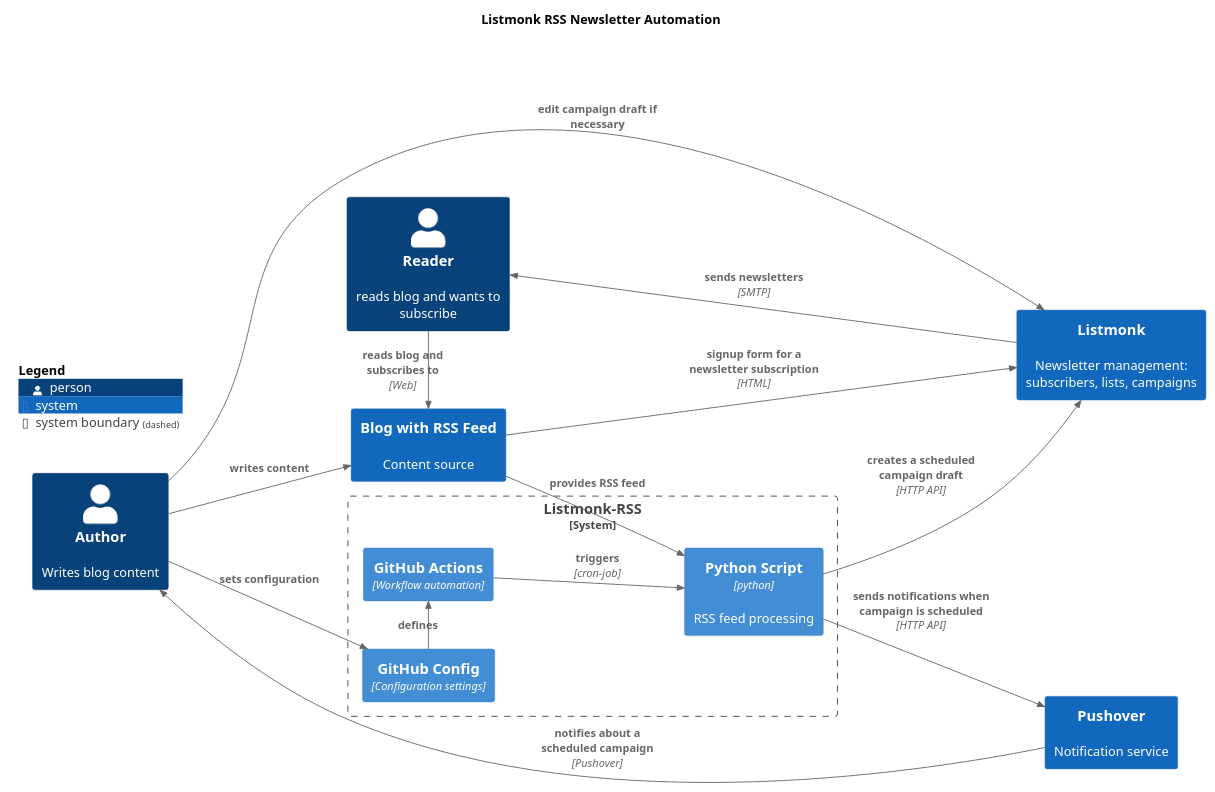
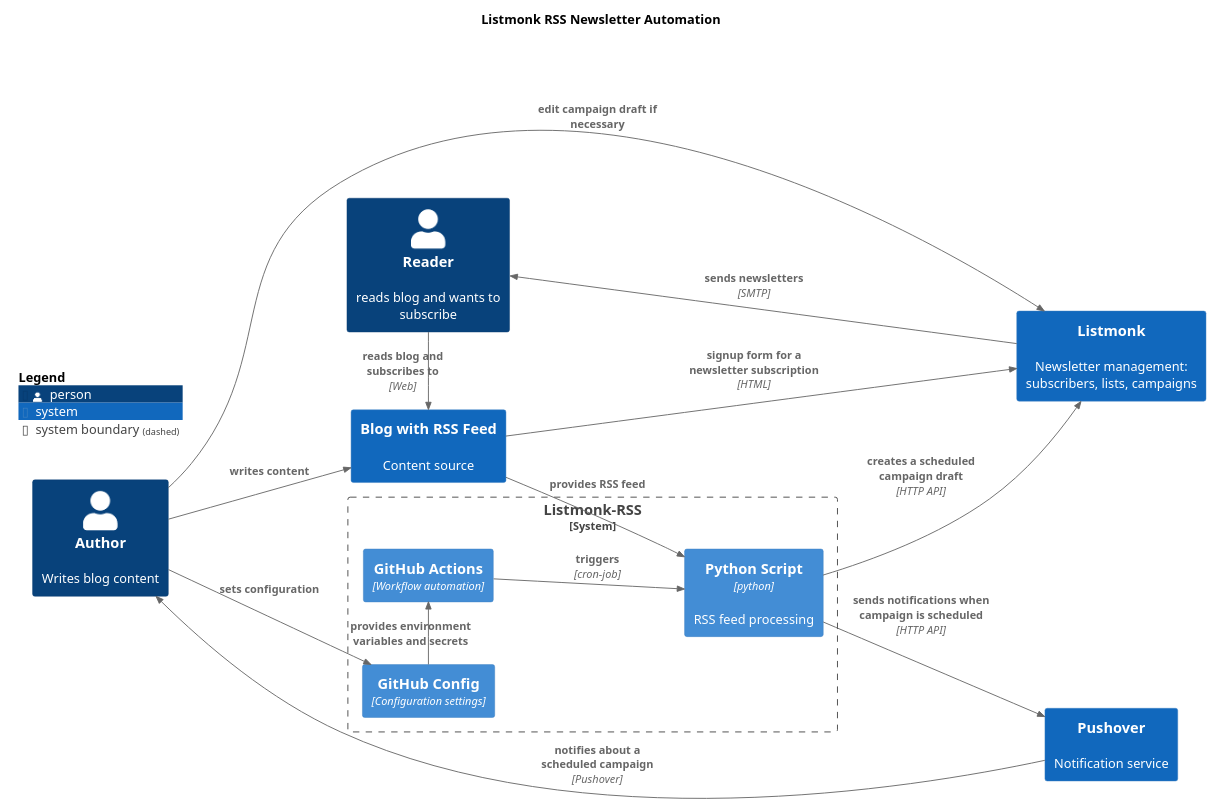
The diagram in assets/C4/architecture.puml (ping13/listmonk-rss), drawn with PlantUML before and after one commit.

Commit message:
clarified role of GH config

```diff
--- a/assets/C4/architecture.puml
+++ b/assets/C4/architecture.puml
@@ -1,45 +1,45 @@
 @startuml
 !include https://raw.githubusercontent.com/plantuml-stdlib/C4-PlantUML/master/C4_Container.puml
 !include https://raw.githubusercontent.com/plantuml-stdlib/C4-PlantUML/master/C4_Context.puml
 
 ' Adjust layout to be more left-to-right
 left to right direction
 
 
 title Listmonk RSS Newsletter Automation 
 
 ' Automation system boundary
 System_Boundary(system, "Listmonk-RSS", "Automated newsletter workflow") {
        Container(github_actions, "GitHub Actions", "Workflow automation")
        Container(github_config, "GitHub Config", "Configuration settings")
        Container(script, "Python Script", "python", "RSS feed processing")
 }
 System(pushover, "Pushover", "Notification service")
 
 
 ' Content Management Systems boundary
 System(listmonk, "Listmonk", "Newsletter management: subscribers, lists, campaigns")
 System(blog, "Blog with RSS Feed", "Content source")
 
 
 ' Define actors and systems
 Person(author, "Author", "Writes blog content")
 Person(subscriber, "Reader", "reads blog and wants to subscribe")
 
 ' Relationships
 Rel_Down(author, blog, "writes content")
 Rel_Neighbor(subscriber, blog, "reads blog and subscribes to", "Web")
 Rel(blog,listmonk, "signup form for a newsletter subscription", "HTML")
 Rel(blog, script, "provides RSS feed")
 Rel(script, listmonk, "creates a scheduled campaign draft", "HTTP API")
 Rel(script, pushover, "sends notifications when campaign is scheduled", "HTTP API")
 Rel_Back(author, pushover, "notifies about a scheduled campaign", "Pushover")
 Rel(listmonk, subscriber, "sends newsletters", "SMTP")
 Rel(github_actions, script, "triggers", "cron-job")
-Rel_Right(github_config, github_actions, "defines")
+Rel_Right(github_config, github_actions, "provides environment variables and secrets")
 Rel_Down(author, github_config, "sets configuration")
 Rel(author, listmonk, "edit campaign draft if necessary")
 
 SHOW_FLOATING_LEGEND()
 
 @enduml
```
